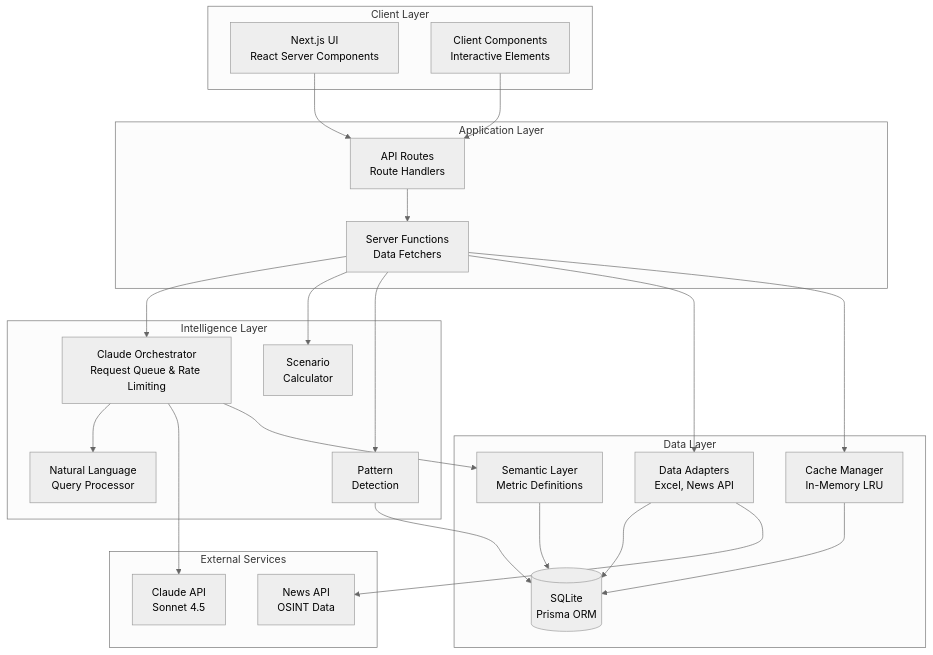
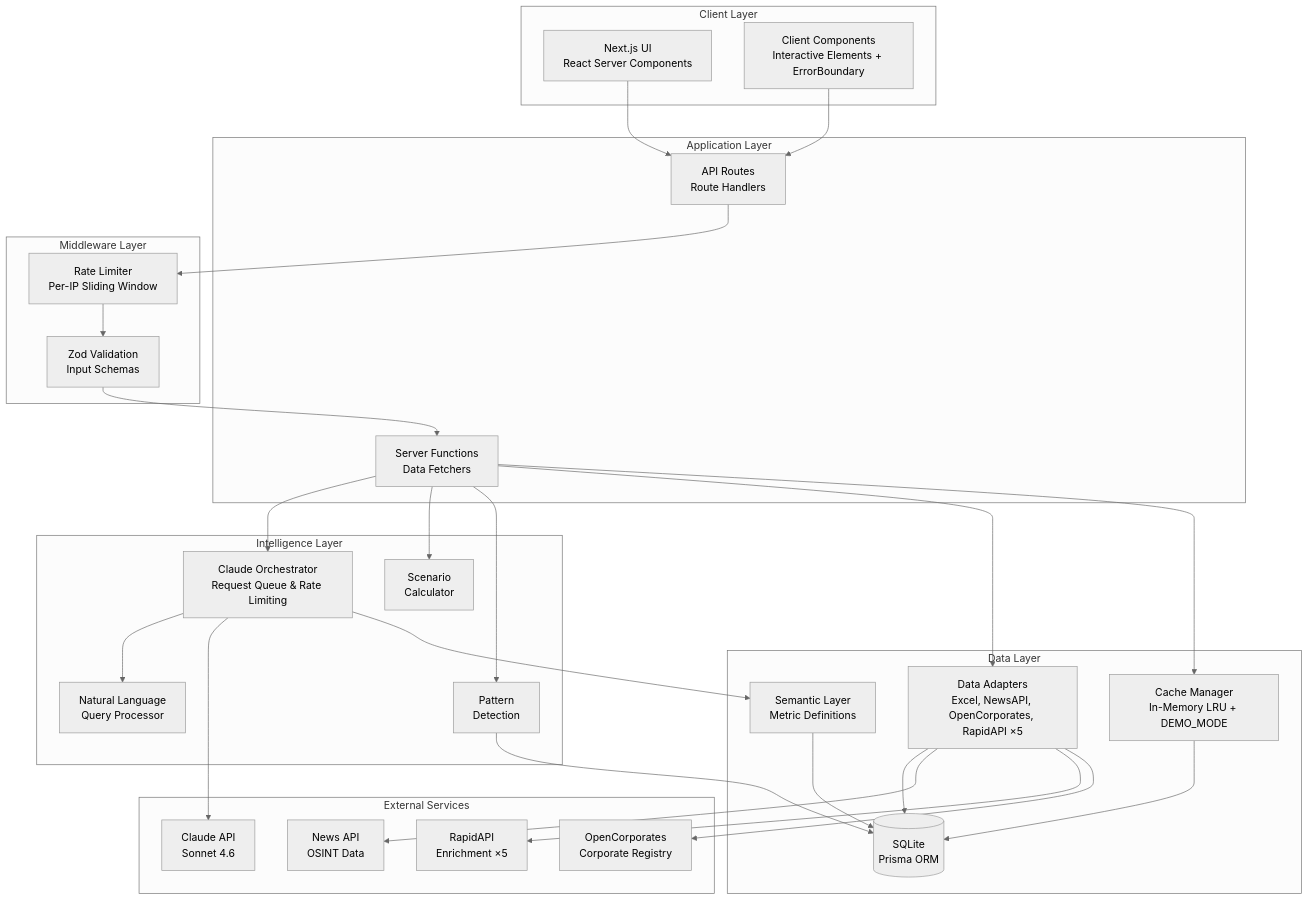
The first of 5 diagrams in docs/architecture.md (diamondhholdings-hub/skyvera), drawn with Mermaid (neutral theme) before and after one commit. The commit also changed other lines of this file and 7 other files, not shown here.

````diff
--- a/docs/architecture.md
+++ b/docs/architecture.md
@@ -21,48 +24,59 @@
 ```mermaid
 graph TB
     subgraph "Client Layer"
         UI[Next.js UI<br/>React Server Components]
-        Client[Client Components<br/>Interactive Elements]
+        Client[Client Components<br/>Interactive Elements + ErrorBoundary]
     end
 
     subgraph "Application Layer"
         API[API Routes<br/>Route Handlers]
         Server[Server Functions<br/>Data Fetchers]
+    end
+
+    subgraph "Middleware Layer"
+        RateLimit[Rate Limiter<br/>Per-IP Sliding Window]
+        Validation[Zod Validation<br/>Input Schemas]
     end
 
     subgraph "Intelligence Layer"
         Orchestrator[Claude Orchestrator<br/>Request Queue & Rate Limiting]
         NLQ[Natural Language<br/>Query Processor]
         Scenario[Scenario<br/>Calculator]
         Pattern[Pattern<br/>Detection]
     end
 
     subgraph "Data Layer"
         Semantic[Semantic Layer<br/>Metric Definitions]
-        Adapters[Data Adapters<br/>Excel, News API]
-        Cache[Cache Manager<br/>In-Memory LRU]
+        Adapters[Data Adapters<br/>Excel, NewsAPI, OpenCorporates, RapidAPI ×5]
+        Cache[Cache Manager<br/>In-Memory LRU + DEMO_MODE]
         DB[(SQLite<br/>Prisma ORM)]
     end
 
     subgraph "External Services"
-        Claude[Claude API<br/>Sonnet 4.5]
+        Claude[Claude API<br/>Sonnet 4.6]
         NewsAPI[News API<br/>OSINT Data]
+        RapidAPI[RapidAPI<br/>Enrichment ×5]
+        OpenCorp[OpenCorporates<br/>Corporate Registry]
     end
 
     UI --> API
     Client --> API
-    API --> Server
+    API --> RateLimit
+    RateLimit --> Validation
+    Validation --> Server
     Server --> Orchestrator
     Server --> Scenario
     Server --> Pattern
     Orchestrator --> NLQ
     Orchestrator --> Claude
     Pattern --> DB
     Server --> Adapters
     Server --> Cache
     Adapters --> DB
     Adapters --> NewsAPI
+    Adapters --> RapidAPI
+    Adapters --> OpenCorp
     Cache --> DB
     Orchestrator --> Semantic
     Semantic --> DB
 ```
````
